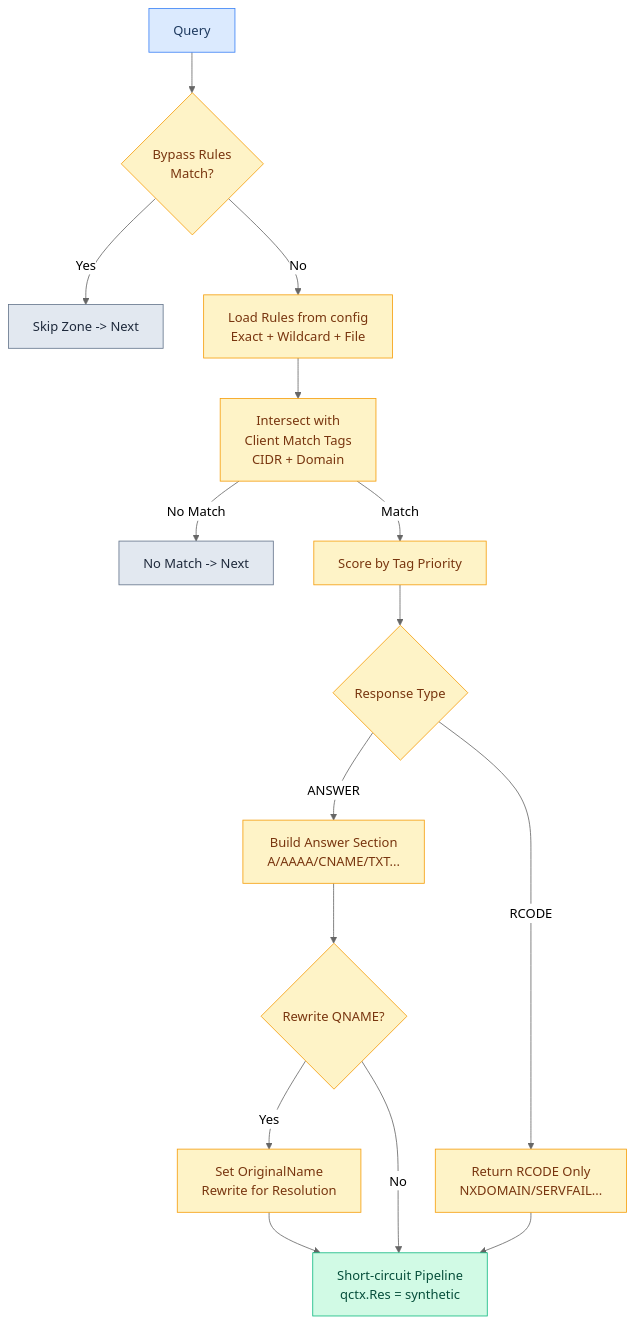
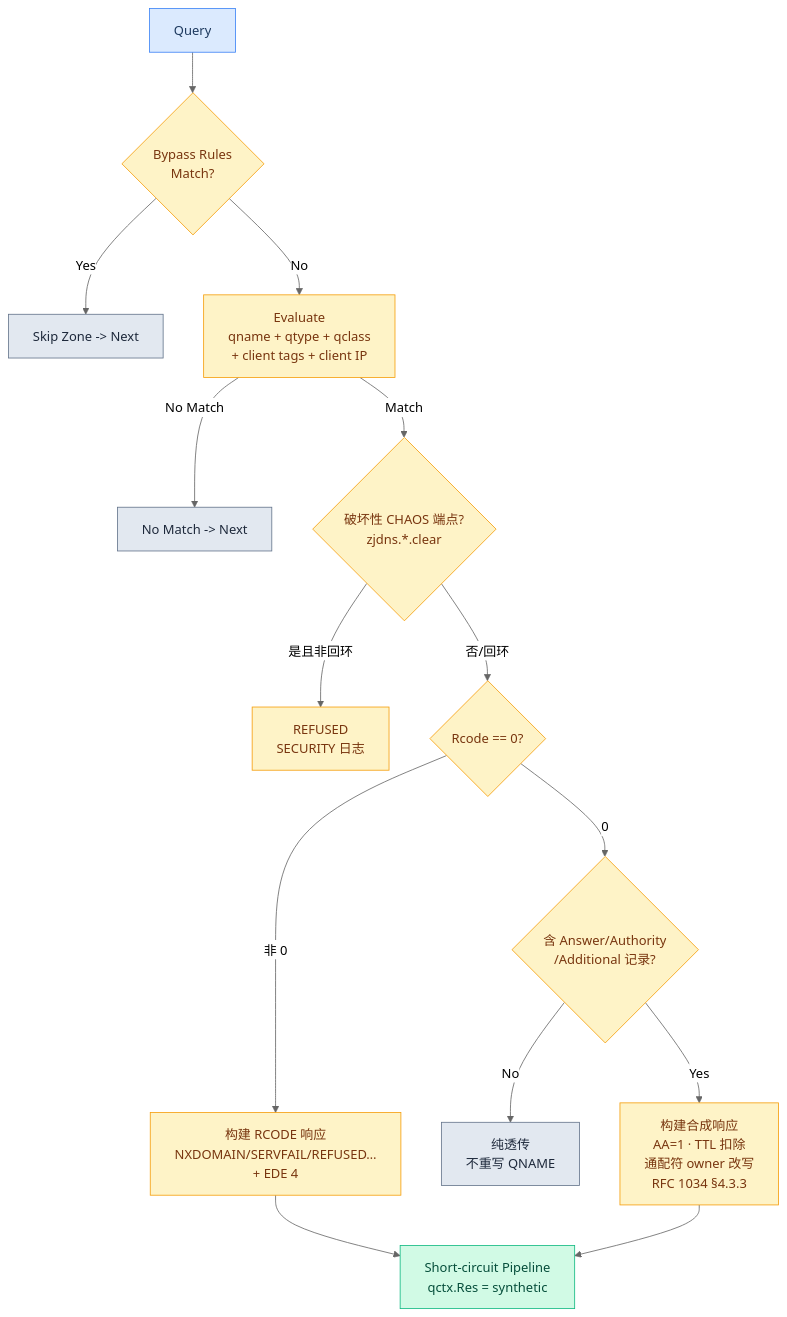
Diagram 19 of 30 in docs/FLOWCHARTS.md (hezhijie0327/ZJDNS), drawn with Mermaid (neutral theme) before and after one commit. The commit also changed other lines of this file and 8 other files, not shown here.

````diff
--- a/docs/FLOWCHARTS.md
+++ b/docs/FLOWCHARTS.md
@@ -417,25 +556,24 @@
 ```mermaid
 graph TD
     Q[Query] --> BYPASS{Bypass Rules<br/>Match?}
     BYPASS -->|Yes| NEXT[Skip Zone -> Next]
-    BYPASS -->|No| LOAD[Load Rules from config<br/>Exact + Wildcard + File]
-    LOAD --> MATCH[Intersect with<br/>Client Match Tags<br/>CIDR + Domain]
-    MATCH -->|No Match| NOMATCH[No Match -> Next]
-    MATCH -->|Match| SCORE[Score by Tag Priority]
-    SCORE --> TYPE{Response Type}
-    TYPE -->|ANSWER| BUILDANS[Build Answer Section<br/>A/AAAA/CNAME/TXT...]
-    TYPE -->|RCODE| BUILDRC[Return RCODE Only<br/>NXDOMAIN/SERVFAIL...]
-    BUILDANS --> REWRITE{Rewrite QNAME?}
-    REWRITE -->|Yes| SETNAME[Set OriginalName<br/>Rewrite for Resolution]
-    REWRITE -->|No| SHORTCUT[Short-circuit Pipeline<br/>qctx.Res = synthetic]
-    BUILDRC --> SHORTCUT
-    SETNAME --> SHORTCUT
+    BYPASS -->|No| EVAL[Evaluate<br/>qname + qtype + qclass<br/>+ client tags + client IP]
+    EVAL -->|No Match| NOMATCH[No Match -> Next]
+    EVAL -->|Match| DESTRUCT{破坏性 CHAOS 端点?<br/>zjdns.*.clear}
+    DESTRUCT -->|是且非回环| REFUSE[REFUSED<br/>SECURITY 日志]
+    DESTRUCT -->|否/回环| RCODE{Rcode == 0?}
+    RCODE -->|非 0| BLOCK[构建 RCODE 响应<br/>NXDOMAIN/SERVFAIL/REFUSED…<br/>+ EDE 4]
+    RCODE -->|0| RECORDS{含 Answer/Authority<br/>/Additional 记录?}
+    RECORDS -->|No| PASSTHROUGH[纯透传<br/>不重写 QNAME]
+    RECORDS -->|Yes| SYNTH[构建合成响应<br/>AA=1 · TTL 扣除<br/>通配符 owner 改写<br/>RFC 1034 §4.3.3]
+    BLOCK --> SHORTCUT[Short-circuit Pipeline<br/>qctx.Res = synthetic]
+    SYNTH --> SHORTCUT
     classDef start fill:#dbeafe,stroke:#3b82f6,color:#1e3a5f
     classDef proc fill:#fef3c7,stroke:#f59e0b,color:#78350f
     classDef match fill:#d1fae5,stroke:#10b981,color:#064e3b
     classDef nomatch fill:#e2e8f0,stroke:#64748b,color:#1e293b
     class Q start
-    class BYPASS,LOAD,MATCH,SCORE,TYPE,BUILDANS,BUILDRC,REWRITE,SETNAME proc
+    class BYPASS,EVAL,DESTRUCT,REFUSE,RCODE,BLOCK,RECORDS,SYNTH proc
     class SHORTCUT match
-    class NOMATCH,NEXT nomatch
+    class NOMATCH,NEXT,PASSTHROUGH nomatch
 ```
````
